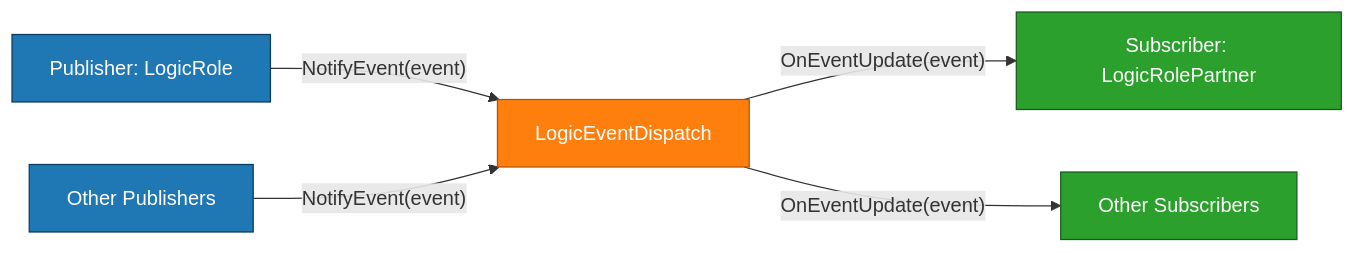
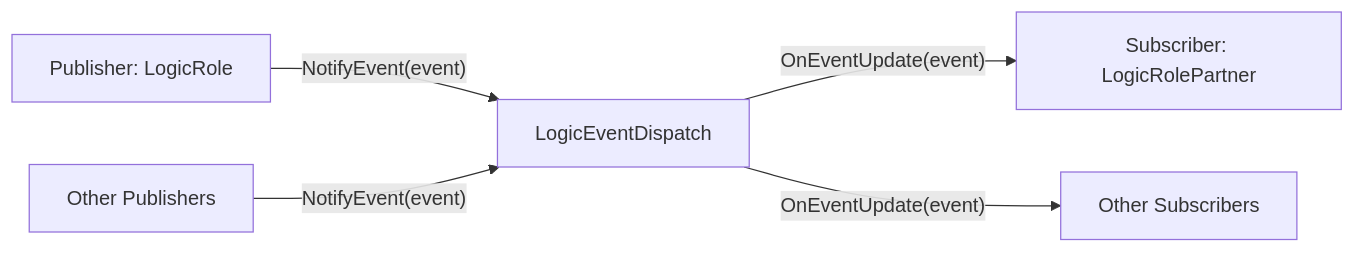
Before and after one commit to e-choness/portfolio-site: the first of 3 diagrams in _posts/2024-06-03-pubsub-game-backend.md, drawn with Mermaid. The commit also changed other lines of this file and 3 other files, not shown here.

Commit message:
update neo theme to all diagrams

````diff
--- a/_posts/2024-06-03-pubsub-game-backend.md
+++ b/_posts/2024-06-03-pubsub-game-backend.md
@@ -111,16 +111,12 @@
 ```mermaid
 graph LR
     P1[Publisher: LogicRole] -->|"NotifyEvent(event)"| D[LogicEventDispatch]
     P2[Other Publishers] -->|"NotifyEvent(event)"| D
 
     D -->|"OnEventUpdate(event)"| S1[Subscriber: LogicRolePartner]
     D -->|"OnEventUpdate(event)"| S2[Other Subscribers]
 
-    classDef pub fill:#1f77b4,stroke:#0b3a5e,color:#fff;
-    classDef sub fill:#2ca02c,stroke:#165a1c,color:#fff;
-    classDef disp fill:#ff7f0e,stroke:#b35500,color:#fff;
-
-    class P1,P2 pub;
-    class S1,S2 sub;
-    class D disp;
+    class P1,P2 accent
+    class D rose
+    class S1,S2 soft
 ```
````
